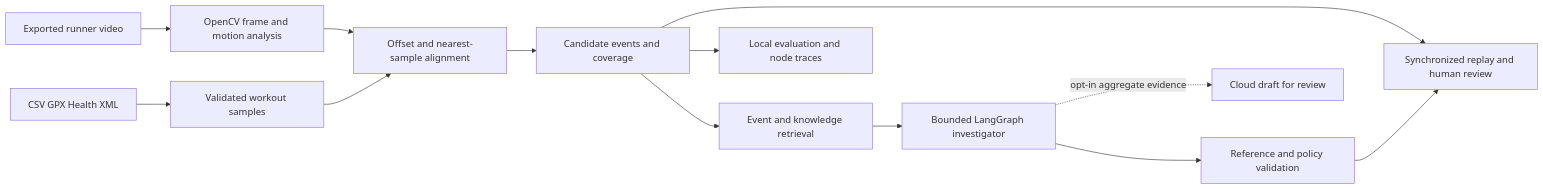
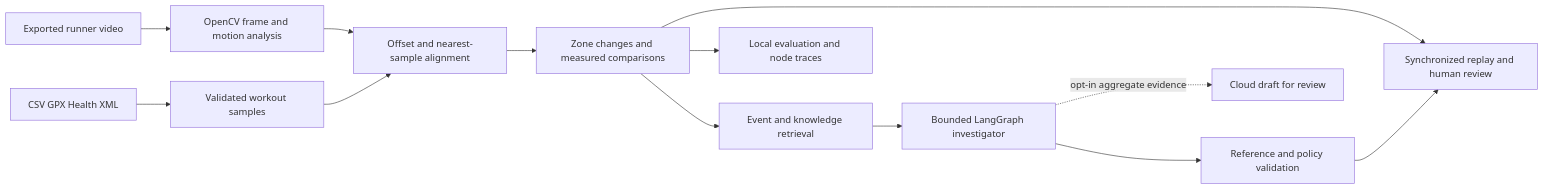
One commit to sivalinb/racetime-replay changed the diagram in docs/ARCHITECTURE.md. Above: the diagram before and after it, drawn with Mermaid. The commit also changed other lines of this file and 34 other files, not shown here.

````diff
--- a/docs/ARCHITECTURE.md
+++ b/docs/ARCHITECTURE.md
@@ -9,15 +9,15 @@
 ```mermaid
 flowchart LR
     V[Exported runner video] --> CV[OpenCV frame and motion analysis]
     W[CSV GPX Health XML] --> P[Validated workout samples]
     CV --> A[Offset and nearest-sample alignment]
     P --> A
-    A --> E[Candidate events and coverage]
+    A --> E[Zone changes and measured comparisons]
     E --> UI[Synchronized replay and human review]
     E --> R[Event and knowledge retrieval]
     R --> G[Bounded LangGraph investigator]
     G --> S[Reference and policy validation]
     S --> UI
     G -. opt-in aggregate evidence .-> L[Cloud draft for review]
     E --> Q[Local evaluation and node traces]
 ```
````
